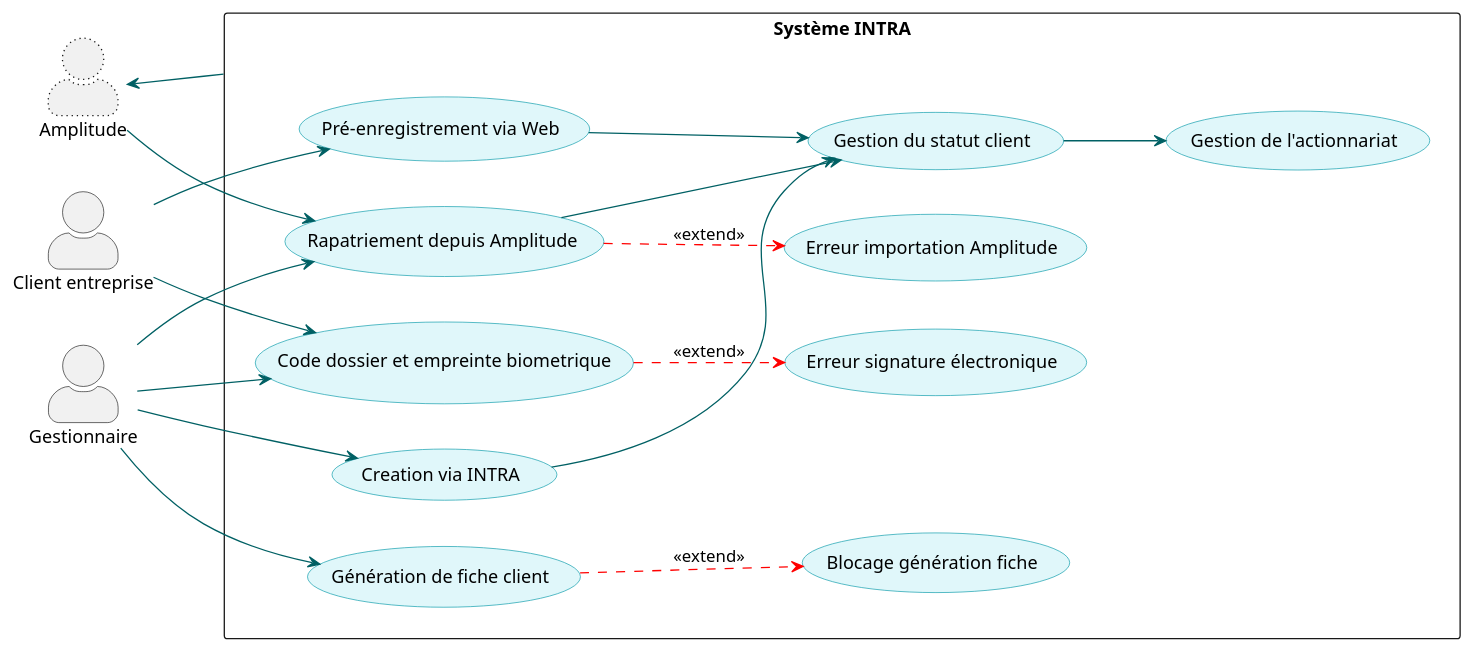
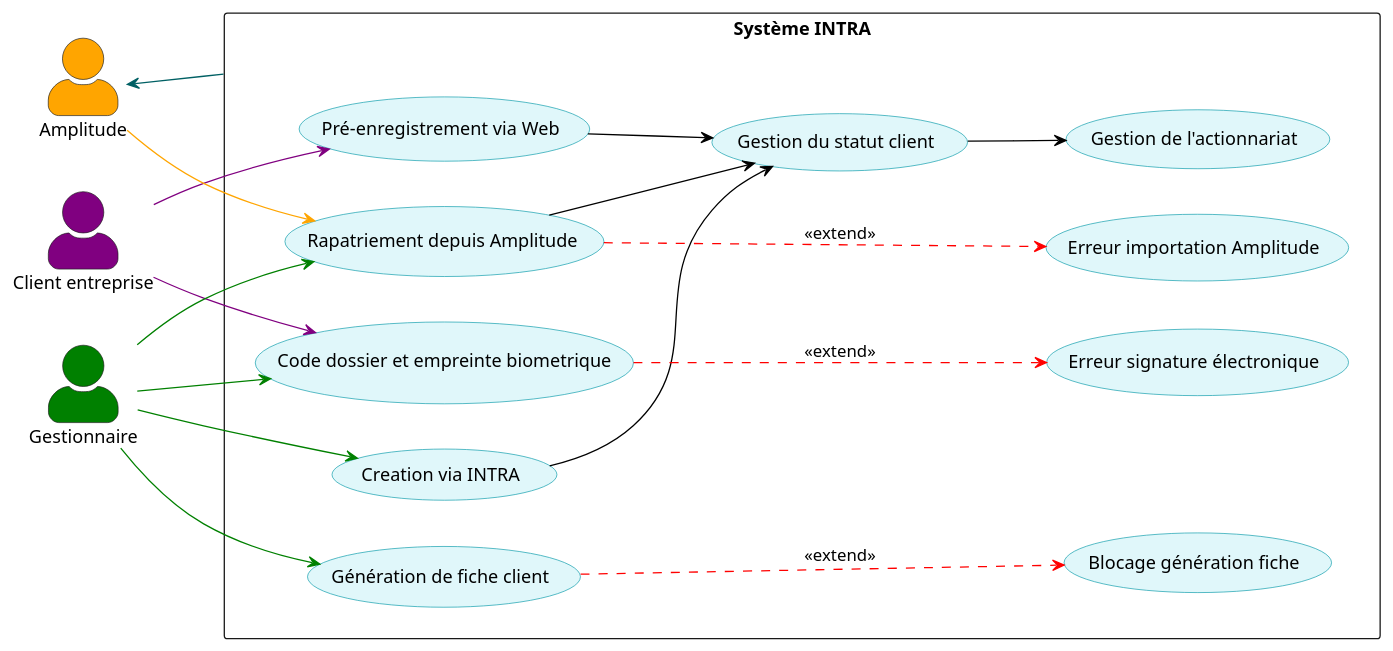
The diagram in KYC USES-CASES/USES-CASES GRANDES ETAPES/enregistrement/souscriptionEntreprise.PUML (caranvalis/diagramePlantUml), drawn with PlantUML before and after one commit. The commit also changed 10 other files, not shown here.

Commit message:
Ajout etmodification du diagramme de classe

```diff
--- a/KYC USES-CASES/USES-CASES GRANDES ETAPES/enregistrement/souscriptionEntreprise.PUML
+++ b/KYC USES-CASES/USES-CASES GRANDES ETAPES/enregistrement/souscriptionEntreprise.PUML
@@ -1,57 +1,57 @@
 @startuml SouscriptionCompteEntreprise
 skinparam actorStyle awesome
 skinparam usecase {
     BackgroundColor #E0F7FA
     BorderColor #0097A7
     ArrowColor #006064
 }
 skinparam packageStyle rectangle
 left to right direction
 
 ' Acteurs principaux (à gauche)
-actor "Client entreprise" as Client
-actor "Gestionnaire" as Gestionnaire
+actor "Client entreprise" as Client #purple
+actor "Gestionnaire" as Gestionnaire #green
 
 ' Système central
 package "Système INTRA" as INTRA {
     usecase "Pré-enregistrement via Web" as UC1
     usecase "Creation via INTRA" as UC2
     usecase "Rapatriement depuis Amplitude" as UC3
     usecase "Génération de fiche client" as UC4
     usecase "Code dossier et empreinte biometrique" as UC5
     usecase "Gestion du statut client" as UC6
     usecase "Gestion de l'actionnariat" as UC7
 
     ' Cas d'utilisation pour les extensions (erreurs/alternatifs)
     usecase "Erreur importation Amplitude" as UC3_ERR
     usecase "Blocage génération fiche" as UC4_ERR
     usecase "Erreur signature électronique" as UC5_ERR
 }
 
 ' Système externe (à droite)
-actor "Amplitude" as Amplitude #line.dotted
+actor "Amplitude" as Amplitude #orange
 
 ' Relations acteurs-cas d’utilisation
-Client --> UC1
-Client --> UC5
-Gestionnaire --> UC2
-Gestionnaire --> UC3
-Gestionnaire --> UC4
-Gestionnaire --> UC5
+Client --> UC1 #purple;text:purple
+Client --> UC5 #purple;text:purple
+Gestionnaire --> UC2 #green;text:green
+Gestionnaire --> UC3 #green;text:green
+Gestionnaire --> UC4 #green;text:green
+Gestionnaire --> UC5 #green;text:green
 
 ' Système INTRA relations internes
-UC1 --> UC6
-UC2 --> UC6
-UC3 --> UC6
-UC6 --> UC7
+UC1 --> UC6 #black
+UC2 --> UC6 #black
+UC3 --> UC6 #black
+UC6 --> UC7 #black
 
 ' Amplitude à droite du package INTRA
 INTRA -right-> Amplitude
-Amplitude --> UC3
+Amplitude --> UC3 #orange;text:orange
 
 ' Extensions pour scénarios alternatifs (liens entre cas d'utilisation)
-UC3 .[#red].> UC3_ERR : <<extend>>
-UC4 .[#red].> UC4_ERR : <<extend>>
-UC5 .[#red].> UC5_ERR : <<extend>>
+UC3 ..[#red].> UC3_ERR : <<extend>>
+UC4 ..[#red].> UC4_ERR : <<extend>>
+UC5 ..[#red].> UC5_ERR : <<extend>>
 
 @enduml
```
